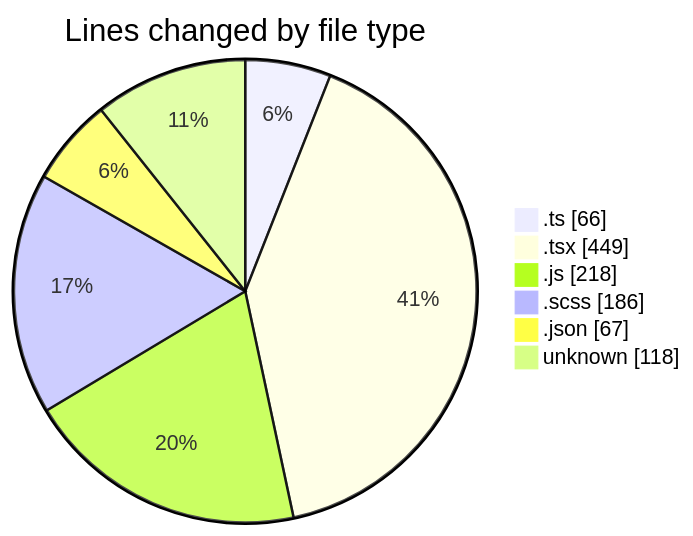
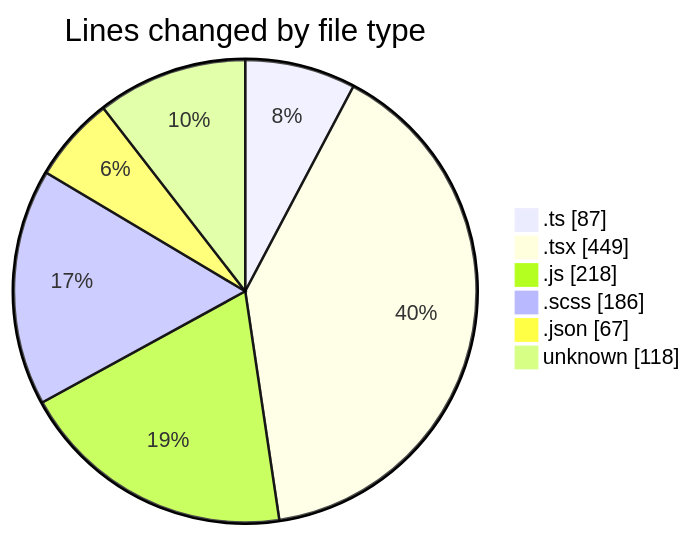
The first of 2 diagrams in 2026-05-08/cda/README.md (momahboobian/code-tracking), drawn with Mermaid before and after one commit. The commit also changed other lines of this file and 1 other file, not shown here.

````diff
--- a/2026-05-08/cda/README.md
+++ b/2026-05-08/cda/README.md
@@ -34,10 +34,10 @@
 ```mermaid
 pie showData
 title Lines changed by file type
-".ts" : 66
+".ts" : 87
 ".tsx" : 449
 ".js" : 218
 ".scss" : 186
 ".json" : 67
 "unknown" : 118
 ```
````
